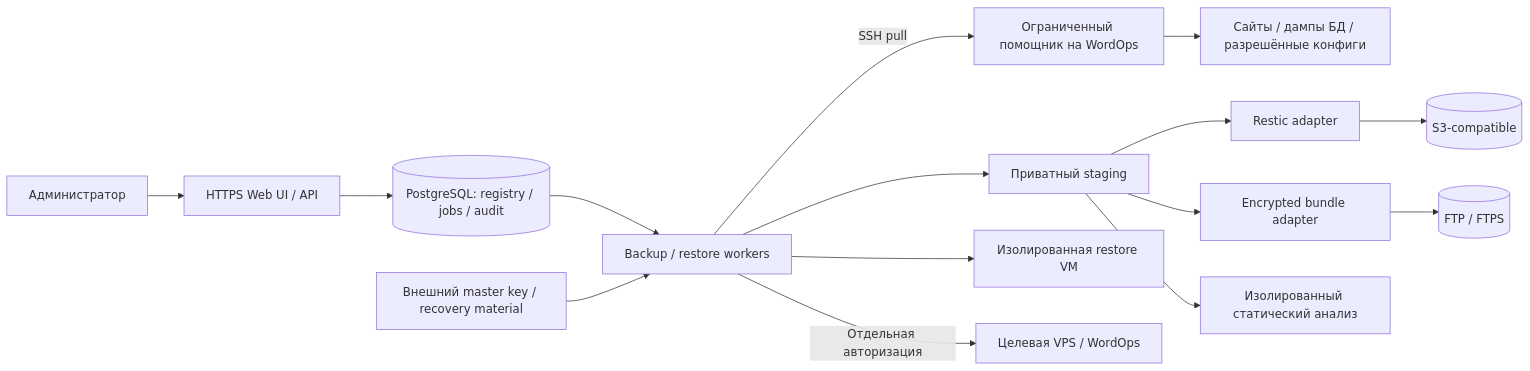
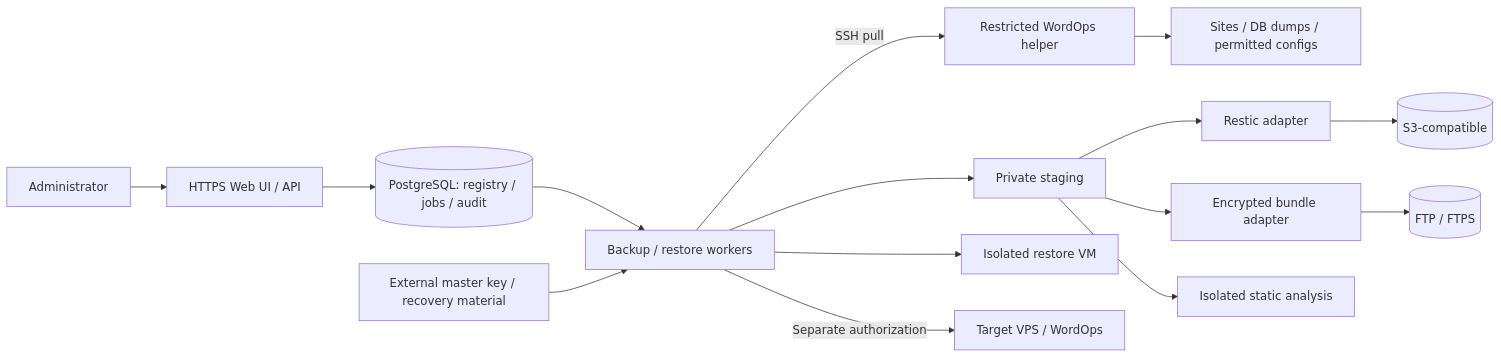
The first of 3 diagrams in docs/architecture.md (ATropichev/wovault), drawn with Mermaid before and after one commit. The commit also changed other lines of this file and 42 other files, not shown here.

````diff
--- a/docs/architecture.md
+++ b/docs/architecture.md
@@ -13,17 +13,17 @@
 ```mermaid
 flowchart LR
-    Admin[Администратор] --> UI[HTTPS Web UI / API]
+    Admin[Administrator] --> UI[HTTPS Web UI / API]
     UI --> DB[(PostgreSQL: registry / jobs / audit)]
     DB --> Worker[Backup / restore workers]
-    Keys[Внешний master key / recovery material] --> Worker
-    Worker -->|SSH pull| Helper[Ограниченный помощник на WordOps]
-    Helper --> Sites[Сайты / дампы БД / разрешённые конфиги]
-    Worker --> Stage[Приватный staging]
+    Keys[External master key / recovery material] --> Worker
+    Worker -->|SSH pull| Helper[Restricted WordOps helper]
+    Helper --> Sites[Sites / DB dumps / permitted configs]
+    Worker --> Stage[Private staging]
     Stage --> Restic[Restic adapter]
     Stage --> Bundle[Encrypted bundle adapter]
     Restic --> S3[(S3-compatible)]
     Bundle --> FTP[(FTP / FTPS)]
-    Stage --> Scanner[Изолированный статический анализ]
-    Worker --> Lab[Изолированная restore VM]
-    Worker -->|Отдельная авторизация| Target[Целевая VPS / WordOps]
+    Stage --> Scanner[Isolated static analysis]
+    Worker --> Lab[Isolated restore VM]
+    Worker -->|Separate authorization| Target[Target VPS / WordOps]
 ```
````
